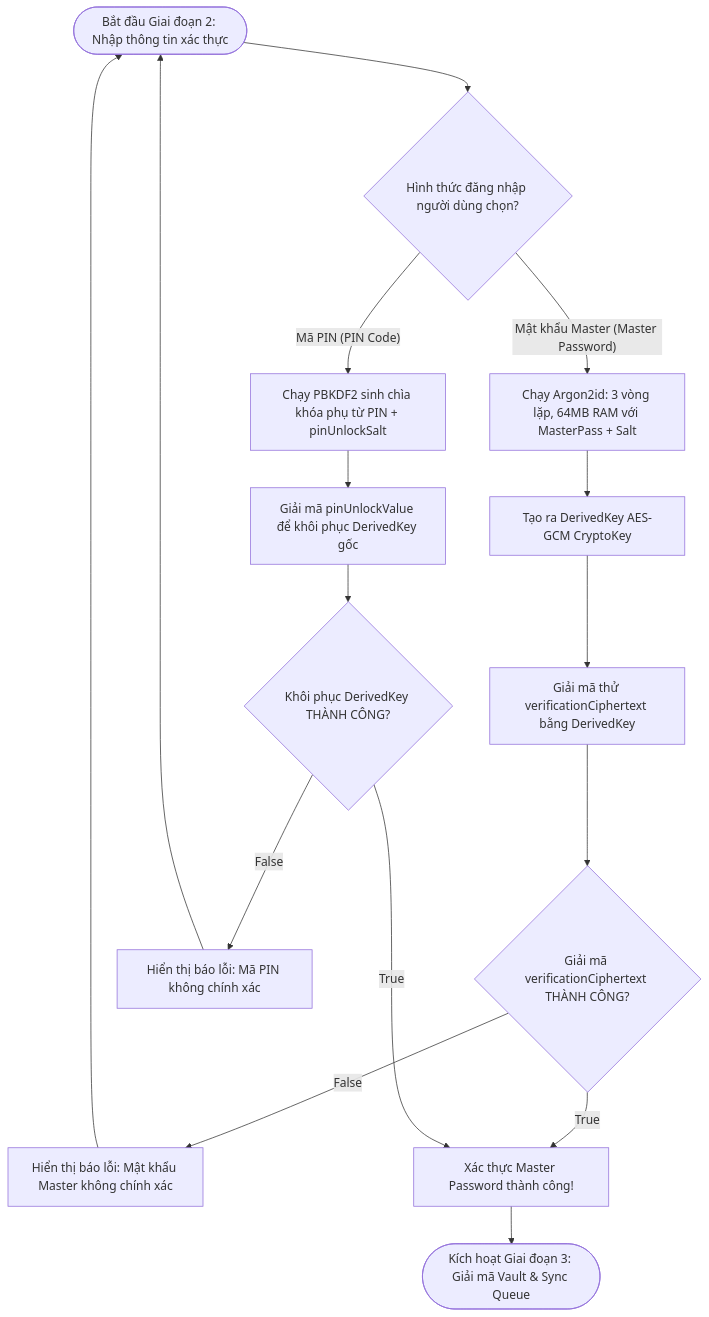
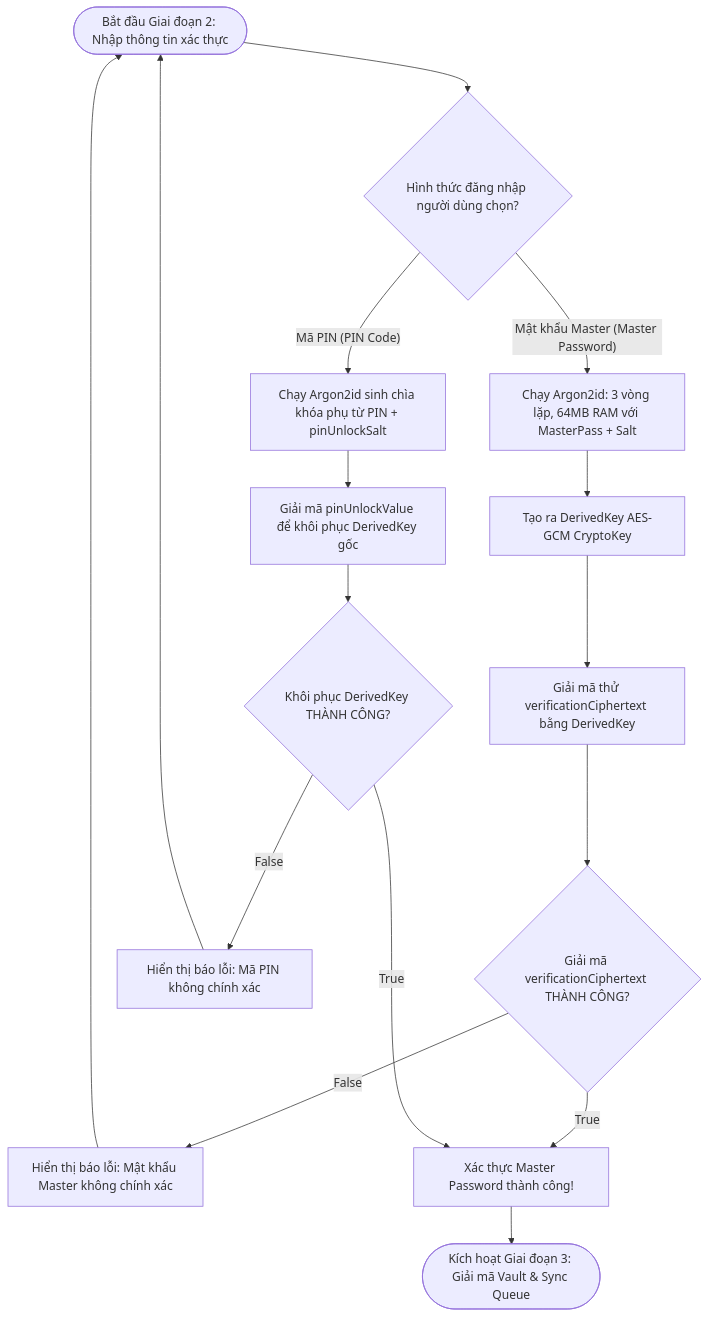
The second of 3 diagrams in docs/features/login-auth.md (uongsuadaubung/gistwarden), drawn with Mermaid before and after one commit. The commit also changed other lines of this file and 17 other files, not shown here.

Commit message:
refactor: centralize schemas, fix getOrDeriveKey bug, secure githubToken lifecycle with Argon2id

````diff
--- a/docs/features/login-auth.md
+++ b/docs/features/login-auth.md
@@ -58,23 +63,23 @@
 ```mermaid
 flowchart TD
     Phase2Start([Bắt đầu Giai đoạn 2: Nhập thông tin xác thực]) --> CheckAuthType{Hình thức đăng nhập người dùng chọn?}
     
     %% Mật khẩu Master (Argon2id)
     CheckAuthType -- Mật khẩu Master (Master Password) --> DeriveMasterKey[Chạy Argon2id: 3 vòng lặp, 64MB RAM với MasterPass + Salt]
     DeriveMasterKey --> GeneratedKey[Tạo ra DerivedKey AES-GCM CryptoKey]
     GeneratedKey --> VerifyCiphertext[Giải mã thử verificationCiphertext bằng DerivedKey]
     VerifyCiphertext --> CheckVerifyPass{Giải mã verificationCiphertext THÀNH CÔNG?}
     CheckVerifyPass -- False --> ShowMasterPassError[Hiển thị báo lỗi: Mật khẩu Master không chính xác]
     ShowMasterPassError --> Phase2Start
     CheckVerifyPass -- True --> AuthSuccess[Xác thực Master Password thành công!]
     
     %% Mã PIN
-    CheckAuthType -- Mã PIN (PIN Code) --> DerivePinKey[Chạy PBKDF2 sinh chìa khóa phụ từ PIN + pinUnlockSalt]
+    CheckAuthType -- Mã PIN (PIN Code) --> DerivePinKey[Chạy Argon2id sinh chìa khóa phụ từ PIN + pinUnlockSalt]
     DerivePinKey --> DecryptPinVaultKey[Giải mã pinUnlockValue để khôi phục DerivedKey gốc]
     DecryptPinVaultKey --> CheckPinPass{Khôi phục DerivedKey THÀNH CÔNG?}
     CheckPinPass -- False --> ShowPinError[Hiển thị báo lỗi: Mã PIN không chính xác]
     ShowPinError --> Phase2Start
     CheckPinPass -- True --> AuthSuccess
     
     AuthSuccess --> Phase2Complete([Kích hoạt Giai đoạn 3: Giải mã Vault & Sync Queue])
 ```
````
